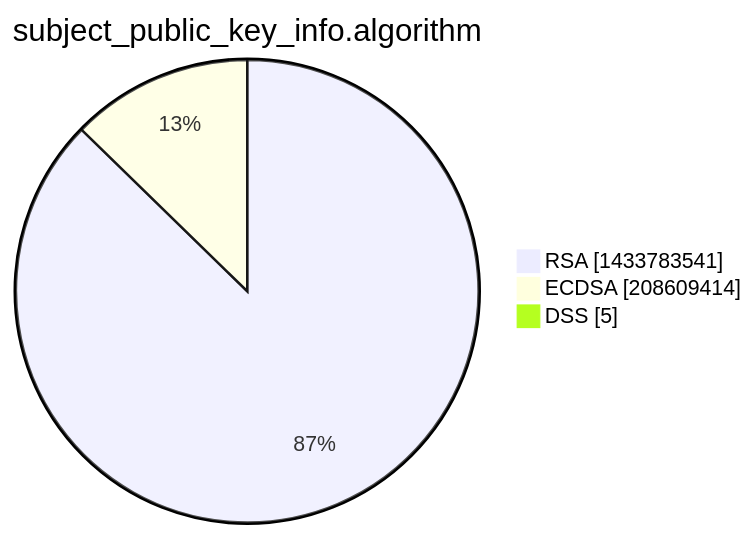
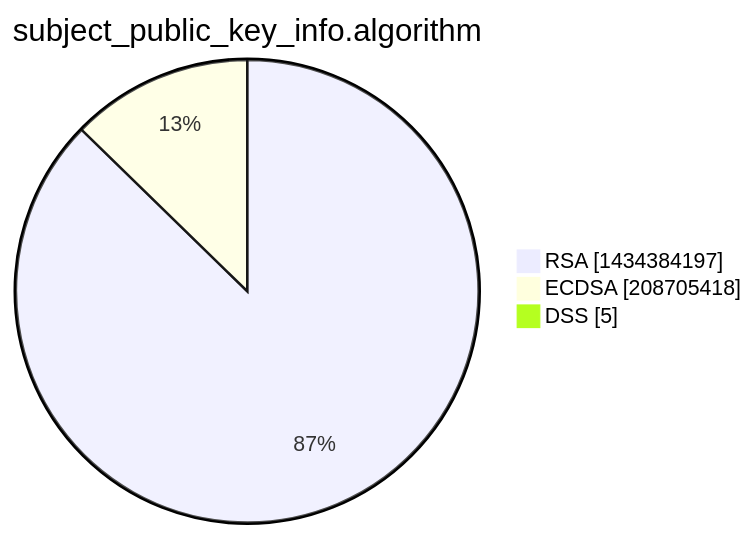
One commit to christiankrug/ctmonitor_visualization changed the third of 15 diagrams in xenon2022/README.md. Above: the diagram before and after it, drawn with Mermaid. The commit also changed other lines of this file, not shown here.

````diff
--- a/xenon2022/README.md
+++ b/xenon2022/README.md
@@ -14,7 +14,7 @@
 ```mermaid
 pie showData
 title subject_public_key_info.algorithm
-"RSA" :1433783541
-"ECDSA" :208609414
+"RSA" :1434384197
+"ECDSA" :208705418
 "DSS" :5
 ```
````
